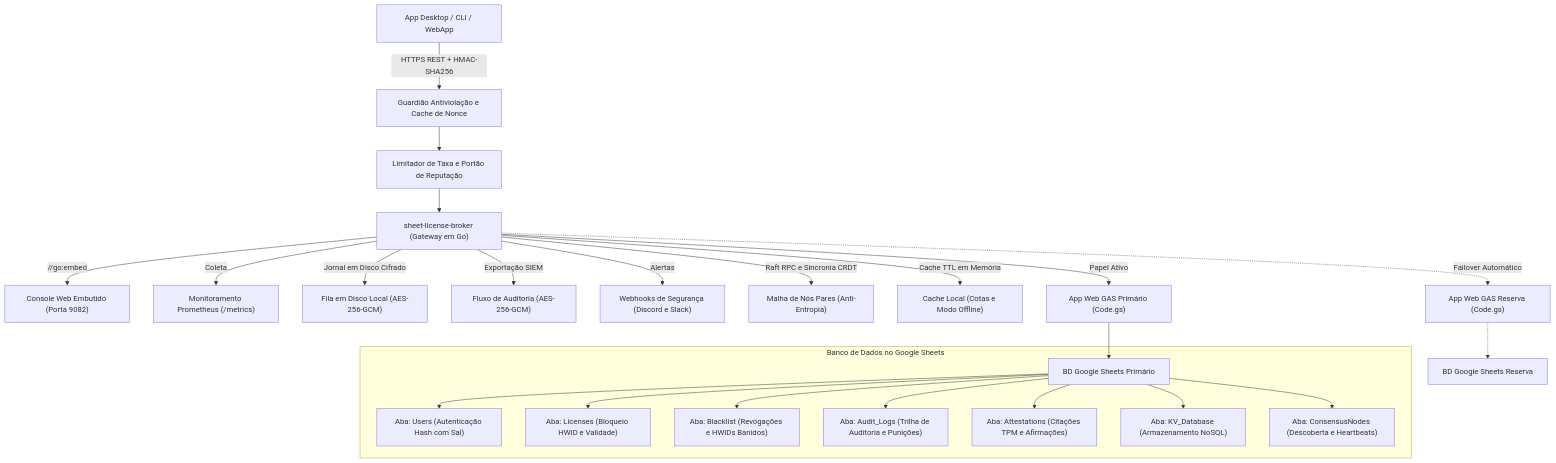
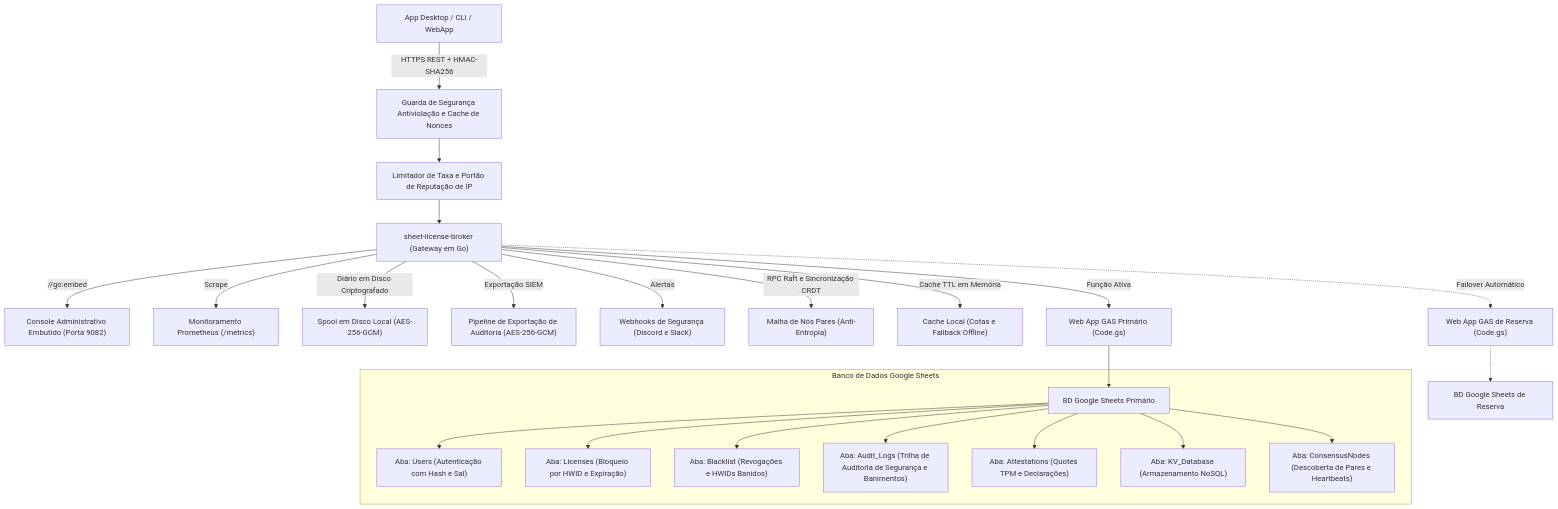
One commit to kLauncher1/sheet-license-broker changed the diagram in docs/locales/pt-BR.md. Above: the diagram before and after it, drawn with Mermaid. The commit also changed other lines of this file and 8 other files, not shown here.

````diff
--- a/docs/locales/pt-BR.md
+++ b/docs/locales/pt-BR.md
@@ -66,27 +80,27 @@
 ```mermaid
 flowchart TD
-    Client["App Desktop / CLI / WebApp"] -->|HTTPS REST + HMAC-SHA256| Guard["Guardião Antiviolação e Cache de Nonce"]
-    Guard --> Limiter["Limitador de Taxa e Portão de Reputação"]
+    Client["App Desktop / CLI / WebApp"] -->|HTTPS REST + HMAC-SHA256| Guard["Guarda de Segurança Antiviolação e Cache de Nonces"]
+    Guard --> Limiter["Limitador de Taxa e Portão de Reputação de IP"]
     Limiter --> Broker["sheet-license-broker (Gateway em Go)"]
-    Broker -->|//go:embed| WebUI["Console Web Embutido (Porta 9082)"]
-    Broker -->|Coleta| Prom["Monitoramento Prometheus (/metrics)"]
-    Broker -->|Jornal em Disco Cifrado| Spool["Fila em Disco Local (AES-256-GCM)"]
-    Broker -->|Exportação SIEM| SIEM["Fluxo de Auditoria (AES-256-GCM)"]
+    Broker -->|//go:embed| WebUI["Console Administrativo Embutido (Porta 9082)"]
+    Broker -->|Scrape| Prom["Monitoramento Prometheus (/metrics)"]
+    Broker -->|Diário em Disco Criptografado| Spool["Spool em Disco Local (AES-256-GCM)"]
+    Broker -->|Exportação SIEM| SIEM["Pipeline de Exportação de Auditoria (AES-256-GCM)"]
     Broker -->|Alertas| Alerts["Webhooks de Segurança (Discord e Slack)"]
-    Broker -->|Raft RPC e Sincronia CRDT| Peers["Malha de Nós Pares (Anti-Entropia)"]
-    Broker -->|Cache TTL em Memória| Cache["Cache Local (Cotas e Modo Offline)"]
-    Broker -->|Papel Ativo| Primary["App Web GAS Primário (Code.gs)"]
-    Broker -.->|Failover Automático| Standby["App Web GAS Reserva (Code.gs)"]
+    Broker -->|RPC Raft e Sincronização CRDT| Peers["Malha de Nós Pares (Anti-Entropia)"]
+    Broker -->|Cache TTL em Memória| Cache["Cache Local (Cotas e Fallback Offline)"]
+    Broker -->|Função Ativa| Primary["Web App GAS Primário (Code.gs)"]
+    Broker -.->|Failover Automático| Standby["Web App GAS de Reserva (Code.gs)"]
     Primary --> Sheets1["BD Google Sheets Primário"]
-    Standby -.-> Sheets2["BD Google Sheets Reserva"]
+    Standby -.-> Sheets2["BD Google Sheets de Reserva"]
 
-    subgraph Banco de Dados no Google Sheets
-        Sheets1 --> Tab1["Aba: Users (Autenticação Hash com Sal)"]
-        Sheets1 --> Tab2["Aba: Licenses (Bloqueio HWID e Validade)"]
+    subgraph Banco de Dados Google Sheets
+        Sheets1 --> Tab1["Aba: Users (Autenticação com Hash e Sal)"]
+        Sheets1 --> Tab2["Aba: Licenses (Bloqueio por HWID e Expiração)"]
         Sheets1 --> Tab3["Aba: Blacklist (Revogações e HWIDs Banidos)"]
-        Sheets1 --> Tab4["Aba: Audit_Logs (Trilha de Auditoria e Punições)"]
-        Sheets1 --> Tab5["Aba: Attestations (Citações TPM e Afirmações)"]
+        Sheets1 --> Tab4["Aba: Audit_Logs (Trilha de Auditoria de Segurança e Banimentos)"]
+        Sheets1 --> Tab5["Aba: Attestations (Quotes TPM e Declarações)"]
         Sheets1 --> Tab6["Aba: KV_Database (Armazenamento NoSQL)"]
-        Sheets1 --> Tab7["Aba: ConsensusNodes (Descoberta e Heartbeats)"]
+        Sheets1 --> Tab7["Aba: ConsensusNodes (Descoberta de Pares e Heartbeats)"]
     end
 ```
````
